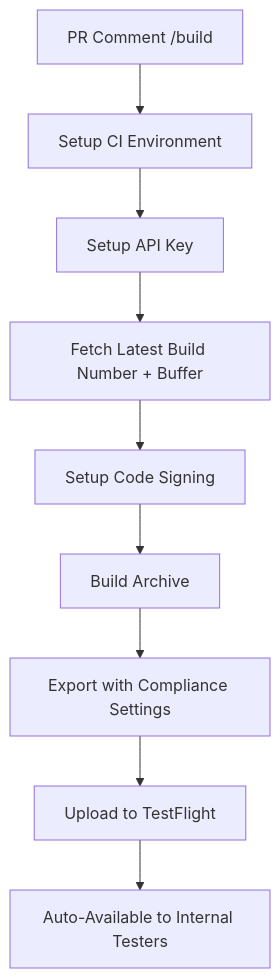
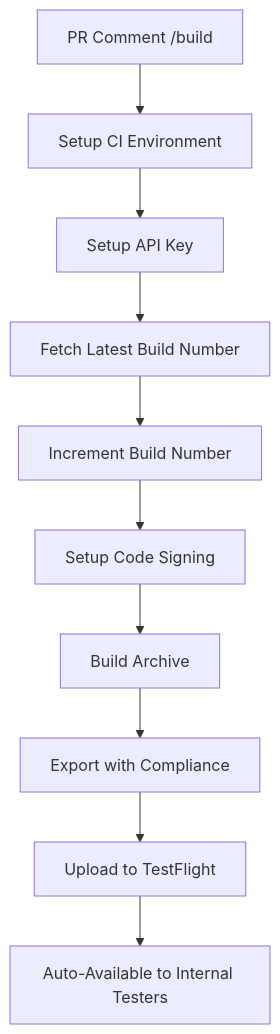
The diagram in README.md (othmansh0/CD-starter-project), drawn with Mermaid before and after one commit. The commit also changed 1 other file, not shown here.

Commit message:
fix: Remove build number buffer (+2) and use standard increment (+1)
- Changed build number logic from +2 buffer to standard +1 increment
- Updated README build flow diagram to reflect standard approach
- Follows standard TestFlight build number management practices
- Removed references to race condition protection in documentation

````diff
--- a/README.md
+++ b/README.md
@@ -127,11 +127,12 @@
 ```mermaid
 graph TD
     A[PR Comment /build] --> B[Setup CI Environment]
     B --> C[Setup API Key]
-    C --> D[Fetch Latest Build Number + Buffer]
-    D --> E[Setup Code Signing]
-    E --> F[Build Archive]
-    F --> G[Export with Compliance Settings]
-    G --> H[Upload to TestFlight]
-    H --> I[Auto-Available to Internal Testers]
+    C --> D[Fetch Latest Build Number]
+    D --> E[Increment Build Number]
+    E --> F[Setup Code Signing]
+    F --> G[Build Archive]
+    G --> H[Export with Compliance]
+    H --> I[Upload to TestFlight]
+    I --> J[Auto-Available to Internal Testers]
 ```
````
